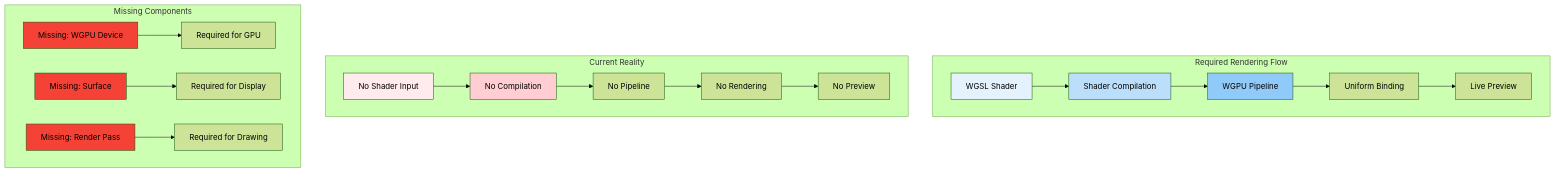
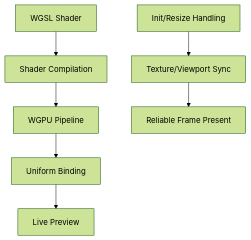
The fourth of 11 diagrams in docs/WGSL_Shader_Studio_Technical_Architecture_Current.md (compiling-org/WGSL-Shader-Studio), drawn with Mermaid (forest theme) before and after one commit. The commit also changed other lines of this file and 37 other files, not shown here.

Commit message:
docs: reality-aligned content updates; diagrams unchanged; roadmap fix; systems reference wiring; PRD narrative adjusted; tech-arch reference note

````diff
--- a/docs/WGSL_Shader_Studio_Technical_Architecture_Current.md
+++ b/docs/WGSL_Shader_Studio_Technical_Architecture_Current.md
@@ -114,31 +60,9 @@
 ```mermaid
-graph TD
-    subgraph "Required Rendering Flow"
-        A[WGSL Shader] --> B[Shader Compilation]
-        B --> C[WGPU Pipeline]
-        C --> D[Uniform Binding]
-        D --> E[Live Preview]
-    end
-    
-    subgraph "Current Reality"
-        F[No Shader Input] --> G[No Compilation]
-        G --> H[No Pipeline]
-        H --> I[No Rendering]
-        I --> J[No Preview]
-    end
-    
-    subgraph "Missing Components"
-        K[Missing: WGPU Device] --> L[Required for GPU]
-        M[Missing: Surface] --> N[Required for Display]
-        O[Missing: Render Pass] --> P[Required for Drawing]
-    end
-    
-    style A fill:#e3f2fd
-    style B fill:#bbdefb
-    style C fill:#90caf9
-    style F fill:#ffebee
-    style G fill:#ffcdd2
-    style K fill:#f44336
-    style M fill:#f44336
-    style O fill:#f44336
+flowchart TD
+    A[WGSL Shader] --> B[Shader Compilation]
+    B --> C[WGPU Pipeline]
+    C --> D[Uniform Binding]
+    D --> E[Live Preview]
+    F[Init/Resize Handling] --> G[Texture/Viewport Sync]
+    G --> H[Reliable Frame Present]
 ```
````
